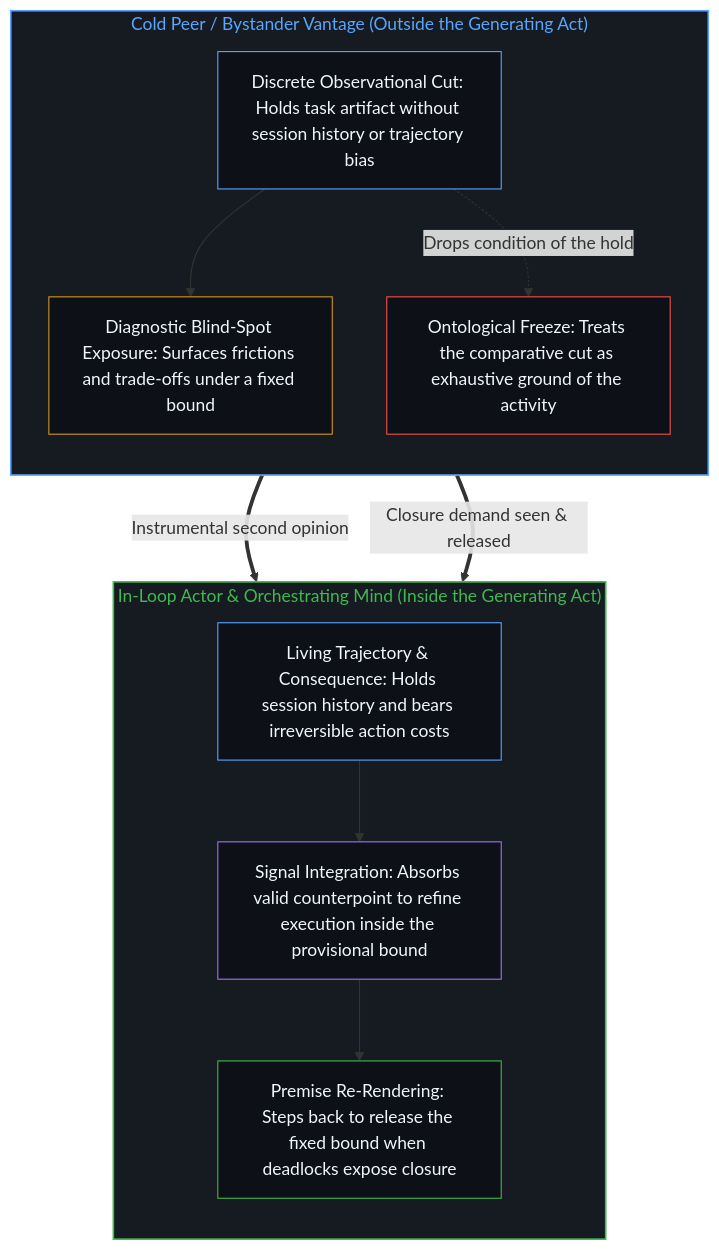
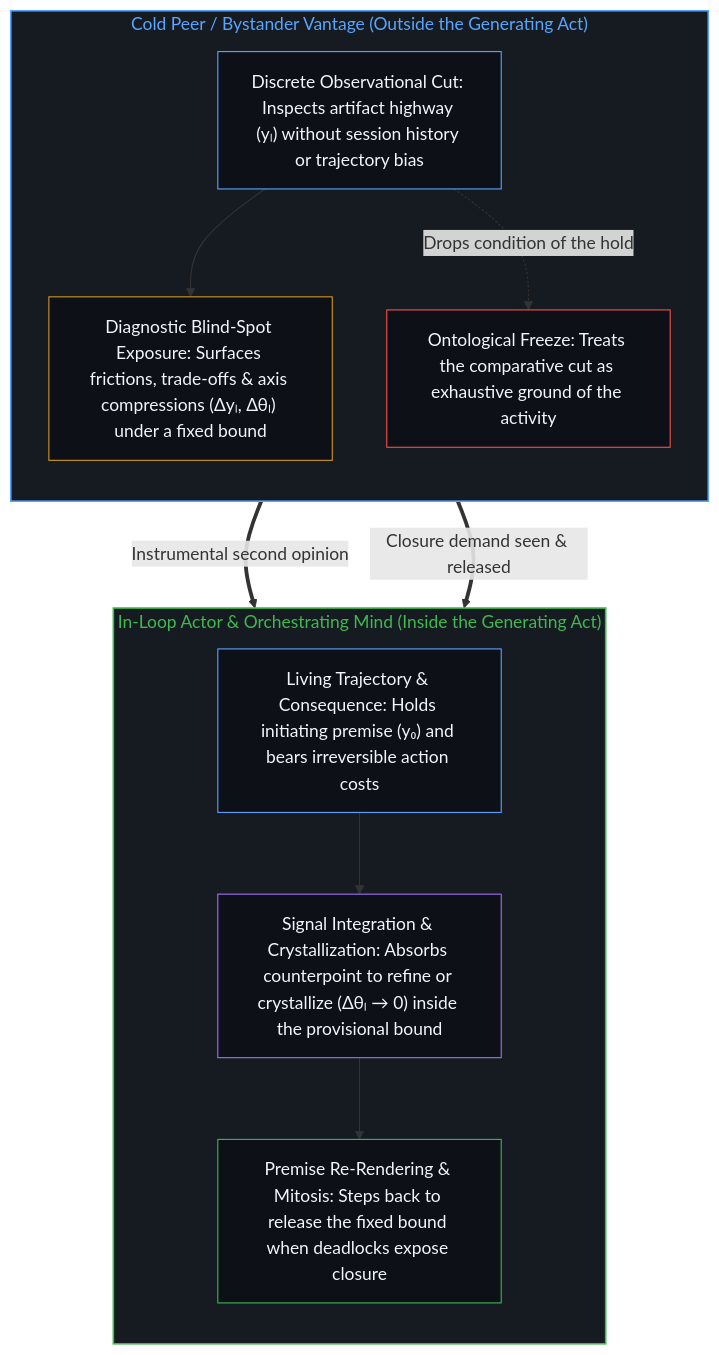
The second of 2 diagrams in content/posts/the-paradoxical-nature-of-bystander-insights.md (powerpig99/not-a-toe), drawn with Mermaid before and after one commit. The commit also changed other lines of this file and 3 other files, not shown here.

````diff
--- a/content/posts/the-paradoxical-nature-of-bystander-insights.md
+++ b/content/posts/the-paradoxical-nature-of-bystander-insights.md
@@ -101,31 +98,28 @@
 ```mermaid
 flowchart TD
     subgraph S_Bystander["Cold Peer / Bystander Vantage (Outside the Generating Act)"]
         direction TB
-        B_Cut["Discrete Observational Cut: Holds task artifact without session history or trajectory bias"]
-        B_Signal["Diagnostic Blind-Spot Exposure: Surfaces frictions and trade-offs under a fixed bound"]
+        B_Cut["Discrete Observational Cut: Inspects artifact highway (yₗ) without session history or trajectory bias"]
+        B_Signal["Diagnostic Blind-Spot Exposure: Surfaces frictions, trade-offs & axis compressions (Δyₗ, Δθₗ) under a fixed bound"]
         B_Freeze["Ontological Freeze: Treats the comparative cut as exhaustive ground of the activity"]
         B_Cut --> B_Signal
         B_Cut -.->|"Drops condition of the hold"| B_Freeze
     end
-
     subgraph S_Actor["In-Loop Actor & Orchestrating Mind (Inside the Generating Act)"]
         direction TB
-        A_History["Living Trajectory & Consequence: Holds session history and bears irreversible action costs"]
-        A_Integrate["Signal Integration: Absorbs valid counterpoint to refine execution inside the provisional bound"]
-        A_Expand["Premise Re-Rendering: Steps back to release the fixed bound when deadlocks expose closure"]
+        A_History["Living Trajectory & Consequence: Holds initiating premise (y₀) and bears irreversible action costs"]
+        A_Integrate["Signal Integration & Crystallization: Absorbs counterpoint to refine or crystallize (Δθₗ → 0) inside the provisional bound"]
+        A_Expand["Premise Re-Rendering & Mitosis: Steps back to release the fixed bound when deadlocks expose closure"]
         A_History --> A_Integrate --> A_Expand
     end
-
     B_Signal ==>|"Instrumental second opinion"| A_Integrate
     B_Freeze ==>|"Closure demand seen & released"| A_Expand
-
     style S_Bystander fill:#161b22,stroke:#58a6ff,stroke-width:1.5px,color:#58a6ff
     style S_Actor fill:#161b22,stroke:#3fb950,stroke-width:1.5px,color:#3fb950
     style B_Cut fill:#0d1117,stroke:#58a6ff,stroke-width:1px,color:#f0f6fc
     style B_Signal fill:#0d1117,stroke:#d29922,stroke-width:1px,color:#f0f6fc
     style B_Freeze fill:#0d1117,stroke:#f85149,stroke-width:1px,color:#f0f6fc
     style A_History fill:#0d1117,stroke:#58a6ff,stroke-width:1px,color:#f0f6fc
     style A_Integrate fill:#0d1117,stroke:#a371f7,stroke-width:1px,color:#f0f6fc
     style A_Expand fill:#0d1117,stroke:#3fb950,stroke-width:1px,color:#f0f6fc
 ```
````
